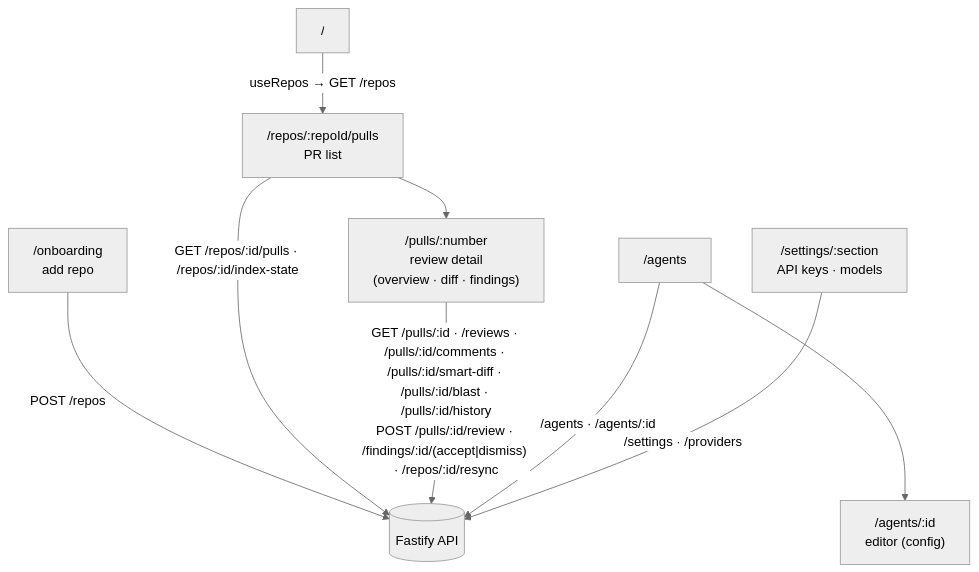
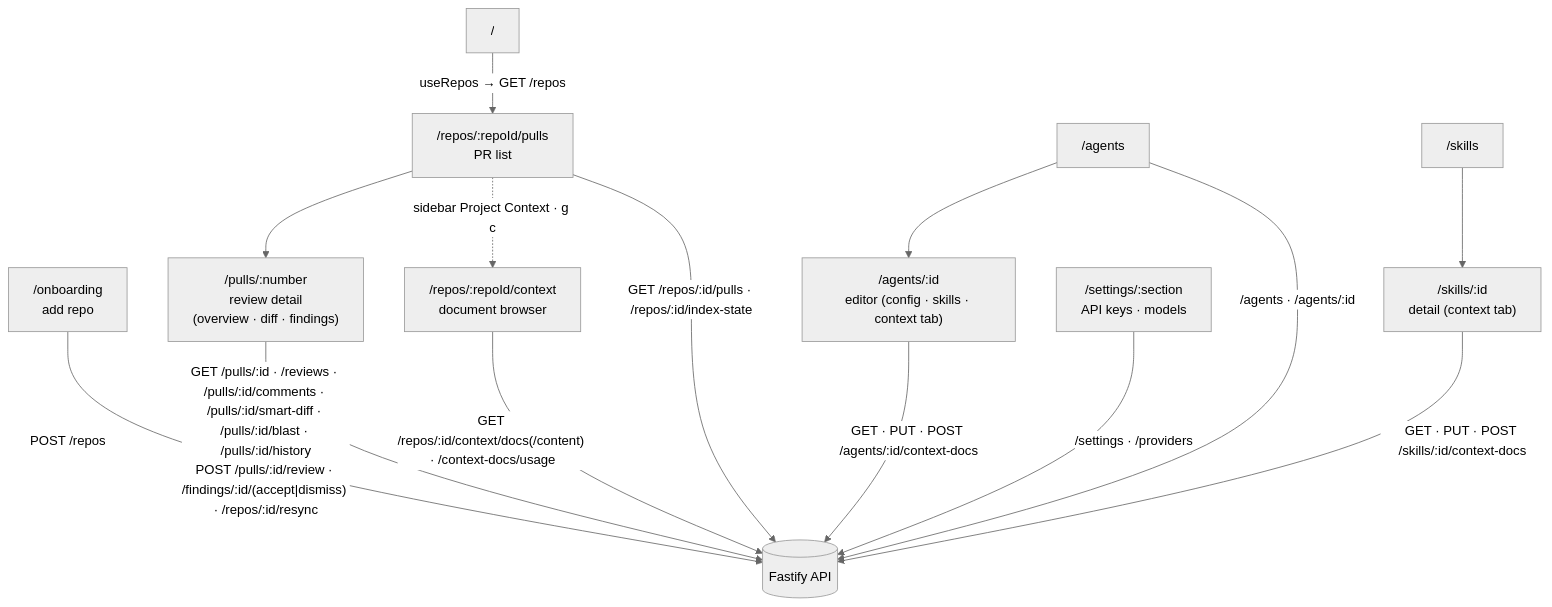
One commit to Svyat90/dev-digest changed the diagram in client/README.md. Above: the diagram before and after it, drawn with Mermaid (neutral theme). The commit also changed 3 other files, not shown here.

Commit message:
docs: project-context API map, environment, route map and prompt section (T016)

````diff
--- a/client/README.md
+++ b/client/README.md
@@ -24,14 +24,19 @@
 ```mermaid
 flowchart TD
   ROOT["/"] -->|"useRepos → GET /repos"| PULLS["/repos/:repoId/pulls<br/>PR list"]
   ONB["/onboarding<br/>add repo"] -->|"POST /repos"| API[("Fastify API")]
   PULLS --> PR["/pulls/:number<br/>review detail<br/>(overview · diff · findings)"]
 
-  AGENTS["/agents"] --> AGENT["/agents/:id<br/>editor (config)"]
+  PULLS -.->|"sidebar Project Context · g c"| CTX["/repos/:repoId/context<br/>document browser"]
+  AGENTS["/agents"] --> AGENT["/agents/:id<br/>editor (config · skills · context tab)"]
+  SKILLS["/skills"] --> SKILL["/skills/:id<br/>detail (context tab)"]
   SETTINGS["/settings/:section<br/>API keys · models"]
 
   PULLS -->|"GET /repos/:id/pulls · /repos/:id/index-state"| API
   PR -->|"GET /pulls/:id · /reviews · /pulls/:id/comments · /pulls/:id/smart-diff · /pulls/:id/blast · /pulls/:id/history<br/>POST /pulls/:id/review · /findings/:id/(accept|dismiss) · /repos/:id/resync"| API
+  CTX -->|"GET /repos/:id/context/docs(/content) · /context-docs/usage"| API
+  AGENT -->|"GET · PUT · POST /agents/:id/context-docs"| API
+  SKILL -->|"GET · PUT · POST /skills/:id/context-docs"| API
   AGENTS -->|"/agents · /agents/:id"| API
   SETTINGS -->|"/settings · /providers"| API
 ```
````
